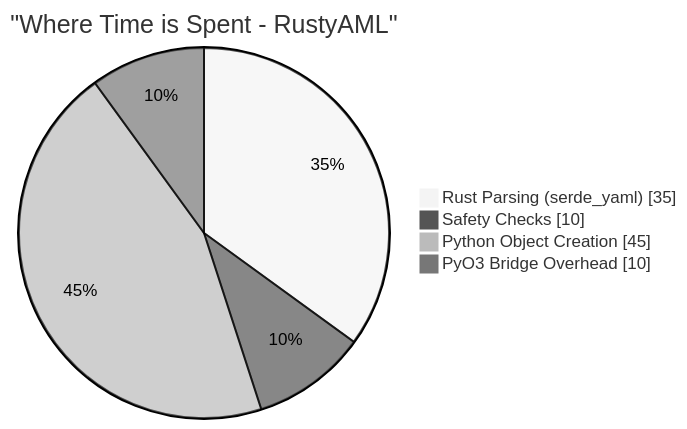
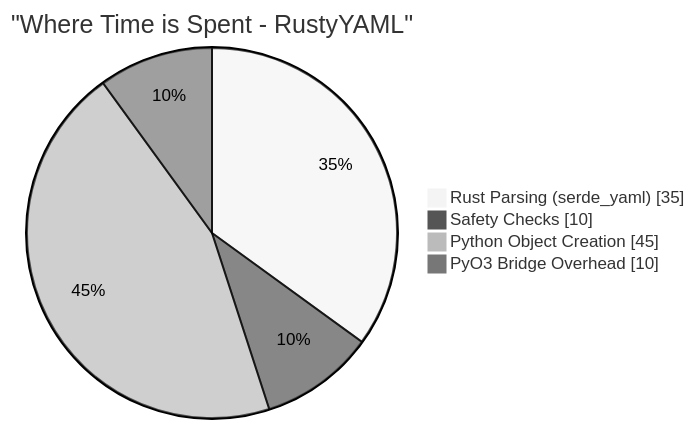
Before and after one commit to beelal-k/rustyyaml: diagram 14 of 18 in docs/ARCHITECTURE.md, drawn with Mermaid (neutral theme). The commit also changed other lines of this file and 14 other files, not shown here.

````diff
--- a/docs/ARCHITECTURE.md
+++ b/docs/ARCHITECTURE.md
@@ -433,8 +433,8 @@
 ```mermaid
 pie showData
-    title "Where Time is Spent - RustyAML"
+    title "Where Time is Spent - RustyYAML"
     "Rust Parsing (serde_yaml)" : 35
     "Safety Checks" : 10
     "Python Object Creation" : 45
     "PyO3 Bridge Overhead" : 10
 ```
````
